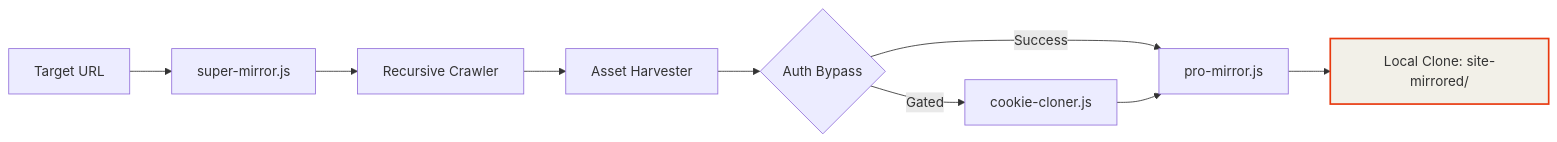
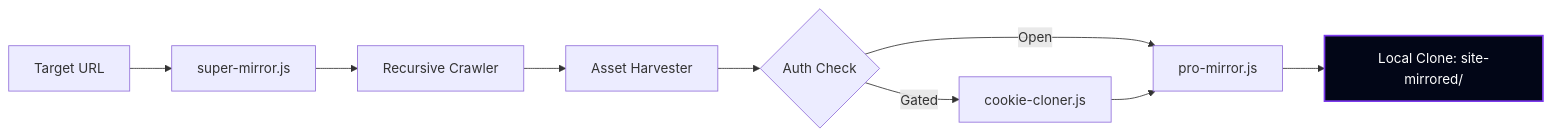
One commit to edwinnyandika/webarsenal-v2 changed the second of 2 diagrams in README.md. Above: the diagram before and after it, drawn with Mermaid. The commit also changed other lines of this file and 605 other files, not shown here.

````diff
--- a/README.md
+++ b/README.md
@@ -38,12 +124,12 @@
 ```mermaid
 graph LR
     A[Target URL] --> B[super-mirror.js]
     B --> C[Recursive Crawler]
     C --> D[Asset Harvester]
-    D --> E{Auth Bypass}
-    E -- Success --> F[pro-mirror.js]
+    D --> E{Auth Check}
+    E -- Open --> F[pro-mirror.js]
     E -- Gated --> G[cookie-cloner.js]
     G --> F
     F --> H[Local Clone: site-mirrored/]
-    style H fill:#f2f0e8,stroke:#e8390e,stroke-width:2px;
+    style H fill:#020617,stroke:#7c3aed,stroke-width:2px,color:#fff
 ```
````
